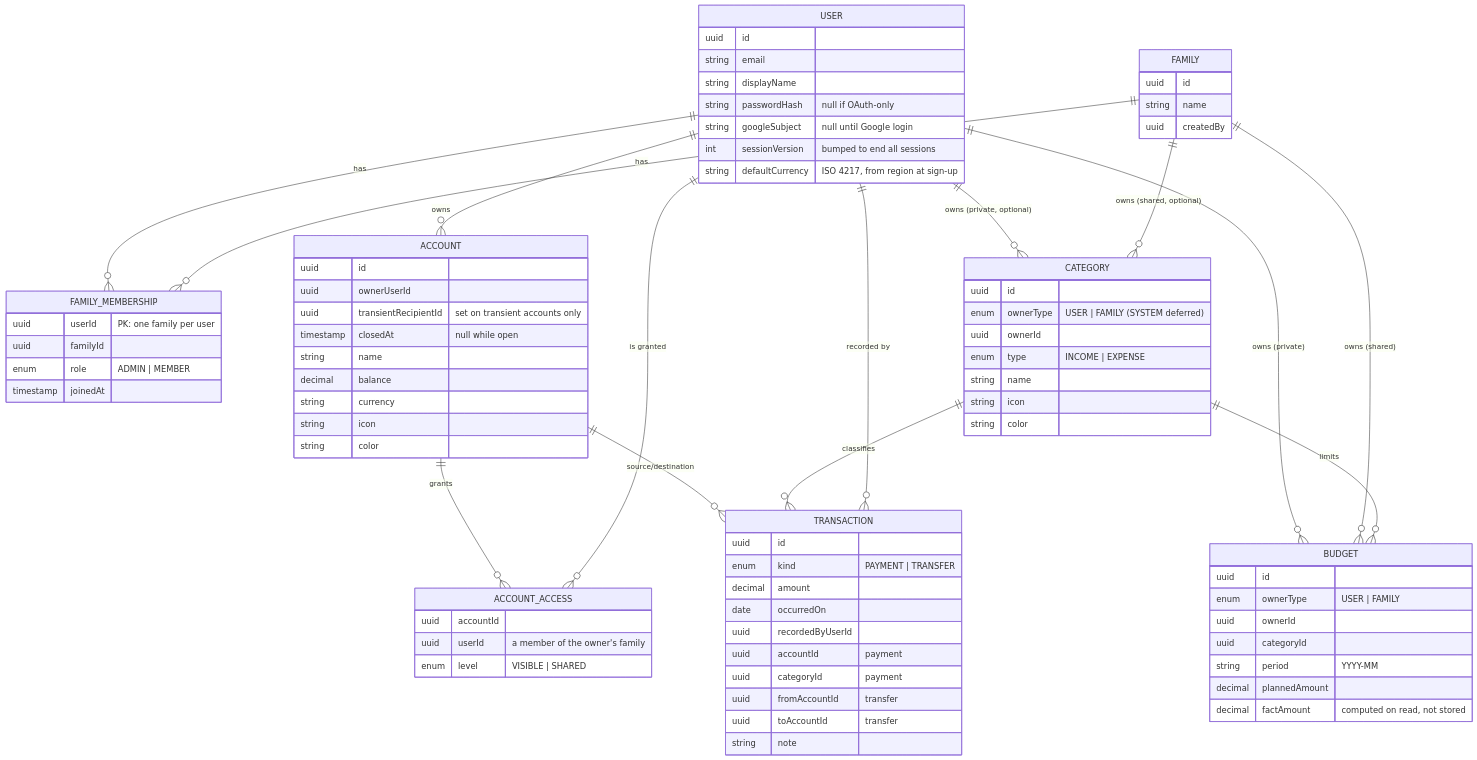
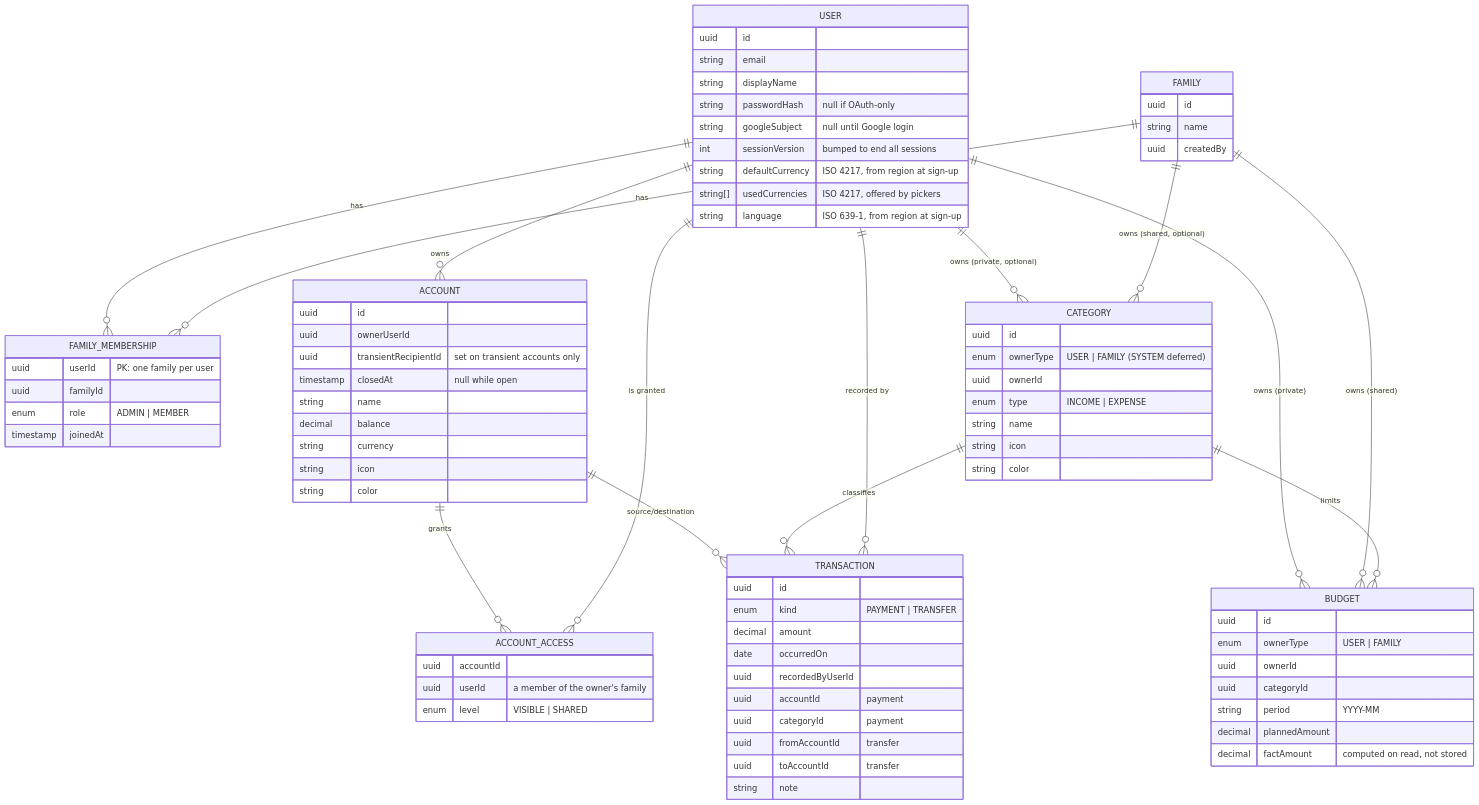
Before and after one commit to omarkelovUA/budget-backend: the second of 3 diagrams in docs/ARCHITECTURE.md, drawn with Mermaid. The commit also changed other lines of this file and 16 other files, not shown here.

First line of the commit message:
Add language and used currencies to user settings (M15)

```diff
--- a/docs/ARCHITECTURE.md
+++ b/docs/ARCHITECTURE.md
@@ -80,6 +80,8 @@
         string googleSubject "null until Google login"
         int sessionVersion "bumped to end all sessions"
         string defaultCurrency "ISO 4217, from region at sign-up"
+        string[] usedCurrencies "ISO 4217, offered by pickers"
+        string language "ISO 639-1, from region at sign-up"
     }
     FAMILY {
         uuid id
```
